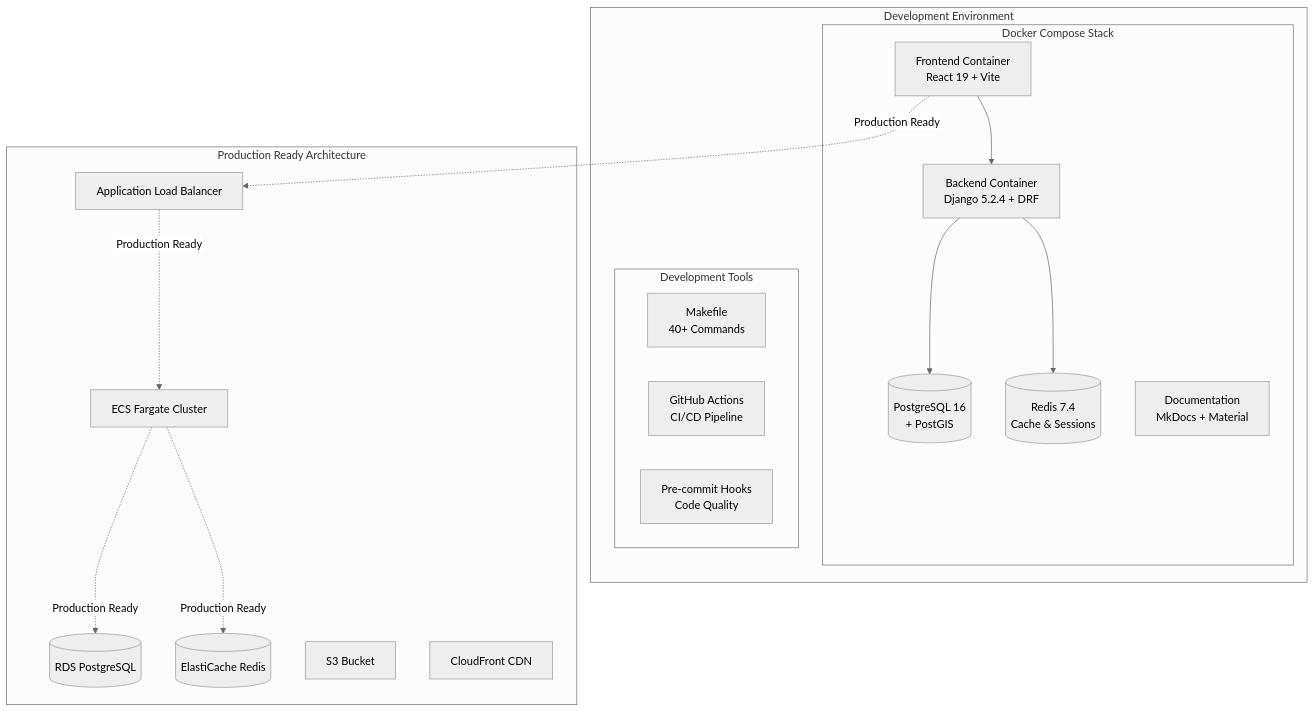
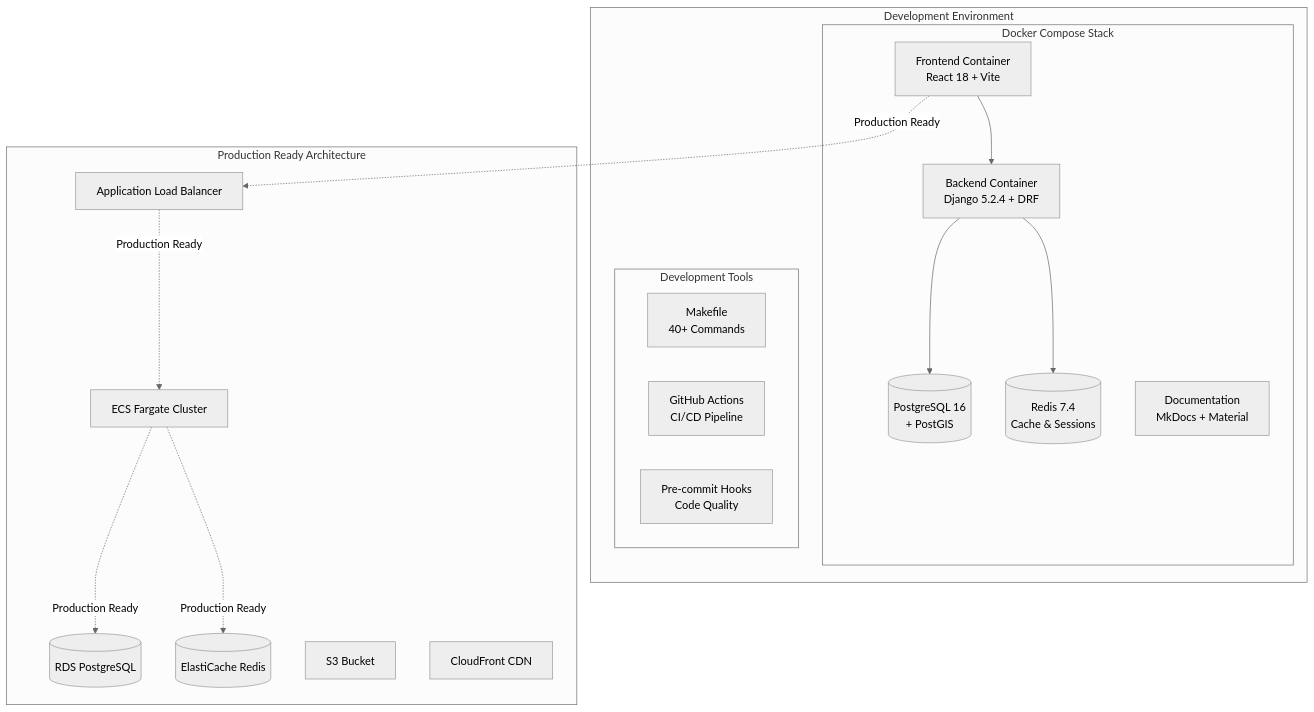
The third of 3 diagrams in docs/architecture/architecture.md (bartczak-pa/safe-job), drawn with Mermaid (neutral theme) before and after one commit.

````diff
--- a/docs/architecture/architecture.md
+++ b/docs/architecture/architecture.md
@@ -571,35 +571,35 @@
 ```mermaid
 graph TD
     subgraph "Development Environment"
         subgraph "Docker Compose Stack"
-            FE[Frontend Container<br/>React 19 + Vite]
+            FE[Frontend Container<br/>React 18 + Vite]
             BE[Backend Container<br/>Django 5.2.4 + DRF]
             DB[(PostgreSQL 16<br/>+ PostGIS)]
             REDIS[(Redis 7.4<br/>Cache & Sessions)]
             DOCS[Documentation<br/>MkDocs + Material]
         end
 
         subgraph "Development Tools"
             MAKE[Makefile<br/>40+ Commands]
             CI[GitHub Actions<br/>CI/CD Pipeline]
             PRE[Pre-commit Hooks<br/>Code Quality]
         end
     end
 
     subgraph "Production Ready Architecture"
         ALB[Application Load Balancer]
         ECS[ECS Fargate Cluster]
         RDS[(RDS PostgreSQL)]
         ELASTICACHE[(ElastiCache Redis)]
         S3[S3 Bucket]
         CF[CloudFront CDN]
     end
 
     FE --> BE
     BE --> DB
     BE --> REDIS
     FE -.->|Production Ready| ALB
     ALB -.->|Production Ready| ECS
     ECS -.->|Production Ready| RDS
     ECS -.->|Production Ready| ELASTICACHE
 ```
````
